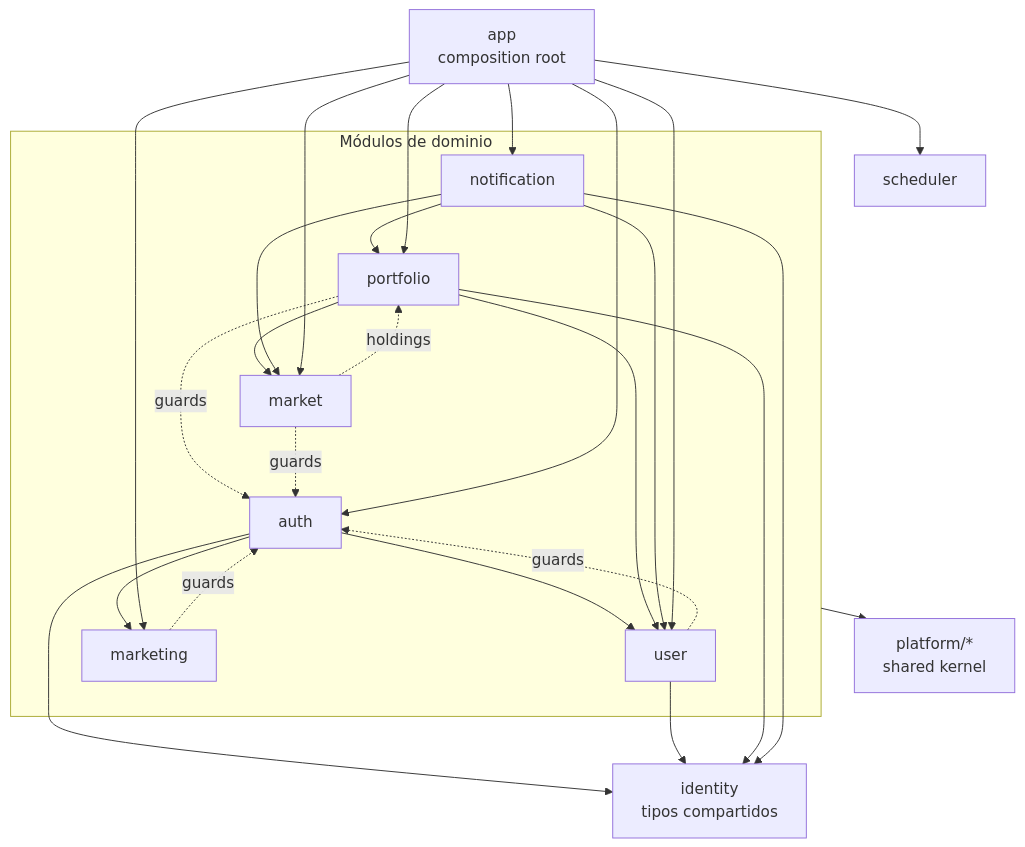
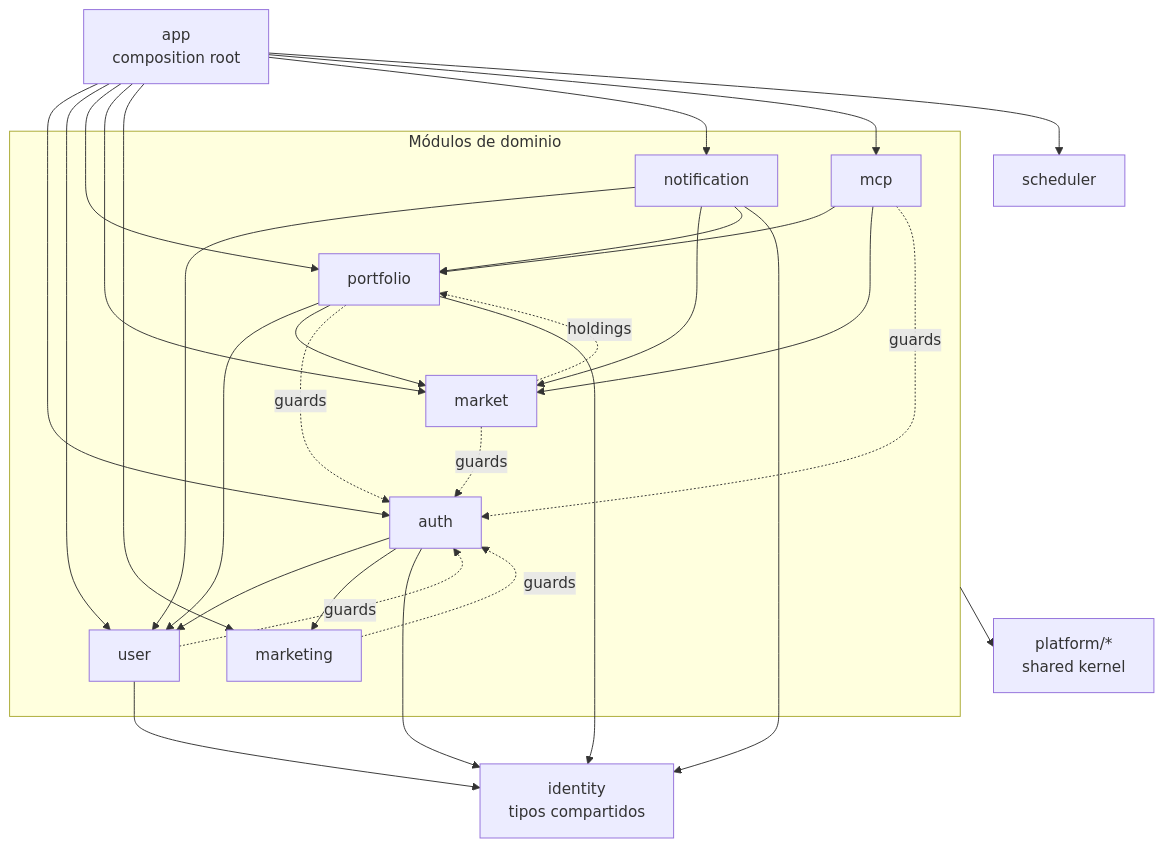
One commit to yeferson59/finexia-app changed the diagram in docs/ARCHITECTURE.md. Above: the diagram before and after it, drawn with Mermaid. The commit also changed other lines of this file and 15 other files, not shown here.

````diff
--- a/docs/ARCHITECTURE.md
+++ b/docs/ARCHITECTURE.md
@@ -107,36 +109,40 @@
 ```mermaid
 graph TD
     app[app<br/>composition root]
     subgraph domain[Módulos de dominio]
         auth --> user
         auth --> marketing
         portfolio --> user
         portfolio --> market
         notification --> user
         notification --> market
         notification --> portfolio
+        mcp --> portfolio
+        mcp --> market
 
         user -. guards .-> auth
         marketing -. guards .-> auth
         portfolio -. guards .-> auth
         market -. guards .-> auth
+        mcp -. guards .-> auth
         market -. holdings .-> portfolio
     end
     identity[identity<br/>tipos compartidos]
     platform[platform/*<br/>shared kernel]
 
     app --> auth
     app --> user
     app --> portfolio
     app --> market
     app --> marketing
     app --> notification
+    app --> mcp
     app --> scheduler
 
     auth --> identity
     user --> identity
     portfolio --> identity
     notification --> identity
 
     domain --> platform
 ```
````
